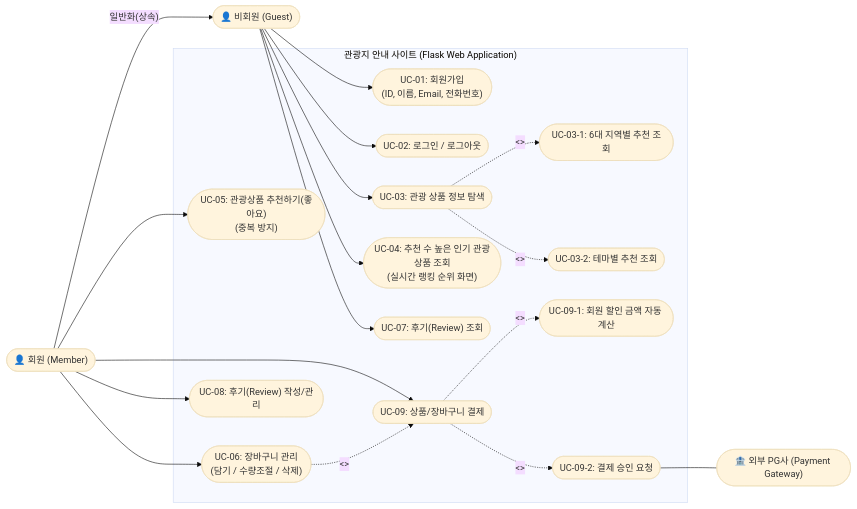
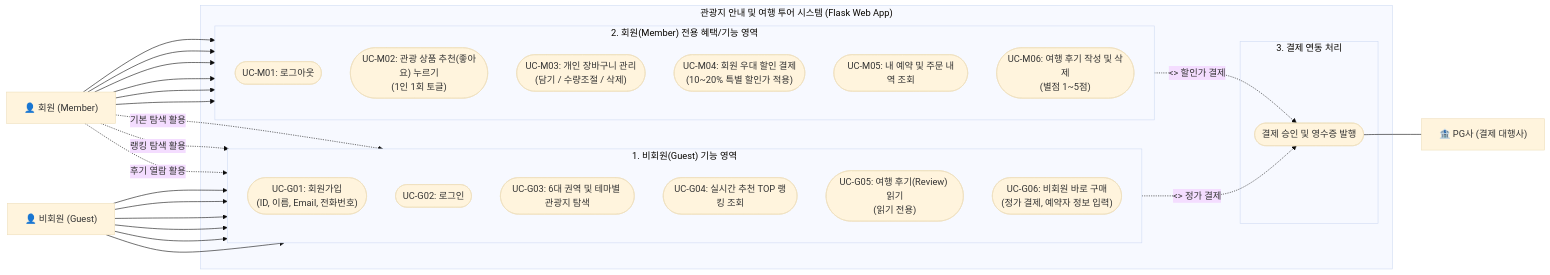
The first of 2 diagrams in USECASE_CLASS_DIAGRAM.md (hongdonjoo70/travel), drawn with Mermaid (base theme) before and after one commit. The commit also changed other lines of this file and 15 other files, not shown here.

````diff
--- a/USECASE_CLASS_DIAGRAM.md
+++ b/USECASE_CLASS_DIAGRAM.md
@@ -40,59 +42,61 @@
 ```mermaid
 flowchart LR
     %% Actors
-    Guest(["👤 비회원 (Guest)"])
-    Member(["👤 회원 (Member)"])
-    PG(["🏦 외부 PG사 (Payment Gateway)"])
+    Guest["👤 비회원 (Guest)"]
+    Member["👤 회원 (Member)"]
+    PG["🏦 PG사 (결제 대행사)"]
 
-    Member -- 일반화(상속) --> Guest
+    subgraph System ["관광지 안내 및 여행 투어 시스템 (Flask Web App)"]
+        
+        %% 1. 비회원 유스케이스 영역
+        subgraph GuestScope ["1. 비회원(Guest) 기능 영역"]
+            direction TB
+            G1(["UC-G01: 회원가입\n(ID, 이름, Email, 전화번호)"])
+            G2(["UC-G02: 로그인"])
+            G3(["UC-G03: 6대 권역 및 테마별 관광지 탐색"])
+            G4(["UC-G04: 실시간 추천 TOP 랭킹 조회"])
+            G5(["UC-G05: 여행 후기(Review) 읽기\n(읽기 전용)"])
+            G6(["UC-G06: 비회원 바로 구매\n(정가 결제, 예약자 정보 입력)"])
+        end
 
-    subgraph System ["관광지 안내 사이트 (Flask Web Application)"]
-        %% Member Management
-        UC1(["UC-01: 회원가입\n(ID, 이름, Email, 전화번호)"])
-        UC2(["UC-02: 로그인 / 로그아웃"])
+        %% 2. 회원 전용 유스케이스 영역
+        subgraph MemberScope ["2. 회원(Member) 전용 혜택/기능 영역"]
+            direction TB
+            M1(["UC-M01: 로그아웃"])
+            M2(["UC-M02: 관광 상품 추천(좋아요) 누르기\n(1인 1회 토글)"])
+            M3(["UC-M03: 개인 장바구니 관리\n(담기 / 수량조절 / 삭제)"])
+            M4(["UC-M04: 회원 우대 할인 결제\n(10~20% 특별 할인가 적용)"])
+            M5(["UC-M05: 내 예약 및 주문 내역 조회"])
+            M6(["UC-M06: 여행 후기 작성 및 삭제\n(별점 1~5점)"])
+        end
 
-        %% Product/Tour Browsing
-        UC3(["UC-03: 관광 상품 정보 탐색"])
-        UC3_1(["UC-03-1: 6대 지역별 추천 조회"])
-        UC3_2(["UC-03-2: 테마별 추천 조회"])
-      
-        %% Popular / Top Recommended Products (New)
-        UC4(["UC-04: 추천 수 높은 인기 관광상품 조회\n(실시간 랭킹 순위 화면)"])
-        UC5(["UC-05: 관광상품 추천하기(좋아요)\n(중복 방지)"])
-
-        %% Cart Feature (New)
-        UC6(["UC-06: 장바구니 관리\n(담기 / 수량조절 / 삭제)"])
-      
-        %% Review
-        UC7(["UC-07: 후기(Review) 조회"])
-        UC8(["UC-08: 후기(Review) 작성/관리"])
-
-        %% Payment
-        UC9(["UC-09: 상품/장바구니 결제"])
-        UC9_1(["UC-09-1: 회원 할인 금액 자동 계산"])
-        UC9_2(["UC-09-2: 결제 승인 요청"])
+        %% 3. 결제 처리 영역
+        subgraph CommonPayScope ["3. 결제 연동 처리"]
+            PayProcess(["결제 승인 및 영수증 발행"])
+        end
     end
 
-    %% Guest Relations
-    Guest --> UC1
-    Guest --> UC2
-    Guest --> UC3
-    Guest --> UC4
-    Guest --> UC7
+    %% Guest Relationships
+    Guest --> G1
+    Guest --> G2
+    Guest --> G3
+    Guest --> G4
+    Guest --> G5
+    Guest --> G6
 
-    %% Sub-features (Include)
-    UC3 -.->|<<include>>| UC3_1
-    UC3 -.->|<<include>>| UC3_2
-
-    %% Member Relations
-    Member --> UC5
-    Member --> UC6
-    Member --> UC8
-    Member --> UC9
+    %% Member Relationships (기본 조회 기능 상속 및 회원 전용 기능)
+    Member --> M1
+    Member --> M2
+    Member --> M3
+    Member --> M4
+    Member --> M5
+    Member --> M6
+    Member -.->|기본 탐색 활용| G3
+    Member -.->|랭킹 탐색 활용| G4
+    Member -.->|후기 열람 활용| G5
 
     %% Payment Relations
-    UC6 -.->|<<extend>>| UC9
-    UC9 -.->|<<include>>| UC9_1
-    UC9 -.->|<<include>>| UC9_2
-    UC9_2 --- PG
+    G6 -.->|<<include>> 정가 결제| PayProcess
+    M4 -.->|<<include>> 할인가 결제| PayProcess
+    PayProcess --- PG
 ```
````
